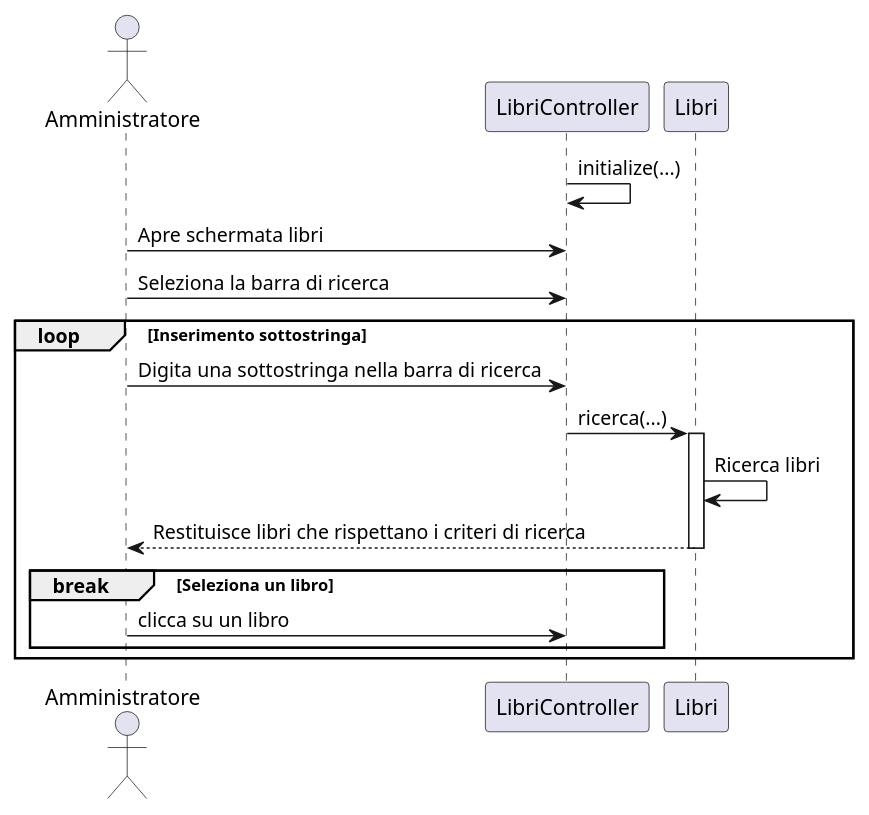
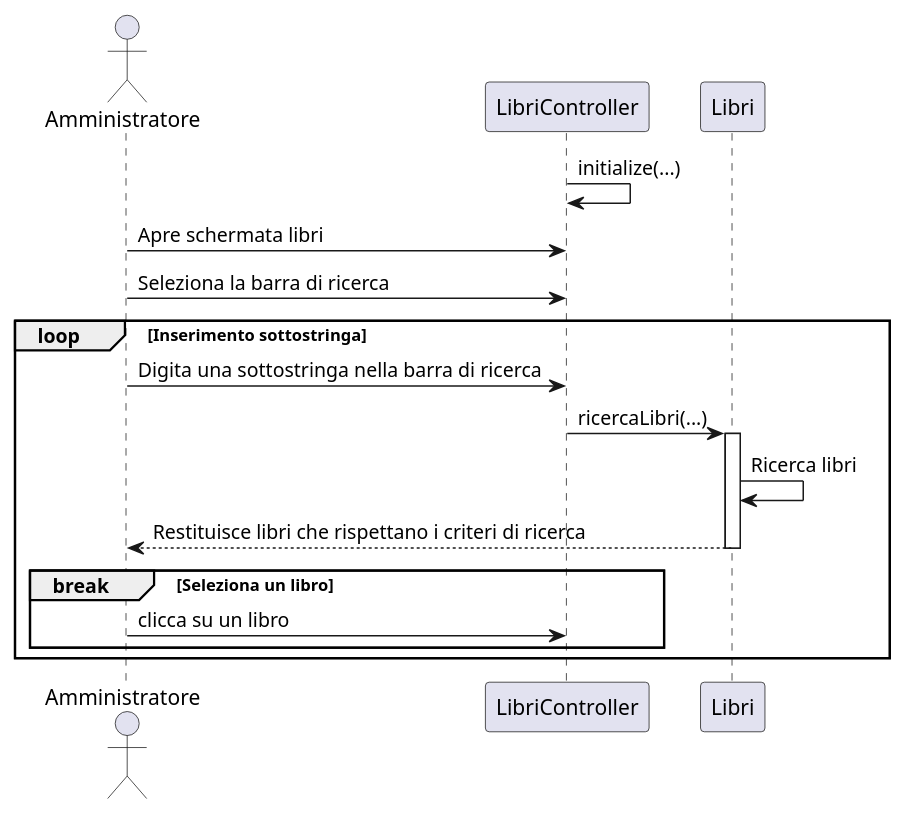
Before and after one commit to TitanVoid/ProgSE-Biblioteca: the diagram in documents/DiagrammiUML/DiagrammiDiSequenza/diagrammaC10RicercaLibro.puml, drawn with PlantUML. The commit also changed 13 other files, not shown here.

Commit message:
aggiornamento diagrammi

```diff
--- a/documents/DiagrammiUML/DiagrammiDiSequenza/diagrammaC10RicercaLibro.puml
+++ b/documents/DiagrammiUML/DiagrammiDiSequenza/diagrammaC10RicercaLibro.puml
@@ -1,27 +1,27 @@
 @startuml
 
 	actor Amministratore as a
 	participant LibriController as cvl
 	participant Libri as gl
 	
 	cvl->cvl: initialize(...)
 	a->cvl: Apre schermata libri
 	a->cvl: Seleziona la barra di ricerca
 	
 	'Ogni volta che viene inserito un carattere viene aggiornata la ricerca
 	loop Inserimento sottostringa 
 		a->cvl: Digita una sottostringa nella barra di ricerca
-		cvl->gl: ricerca(...)
+		cvl->gl: ricercaLibri(...)
 		activate gl
 			gl->gl: Ricerca libri
 			gl-->a:Restituisce libri che rispettano i criteri di ricerca
 		deactivate gl
 		
 		'Condizione di uscita dal loop
 		break Seleziona un libro 
 			a->cvl: clicca su un libro
 		end
 
 	end
 
 @enduml
```
